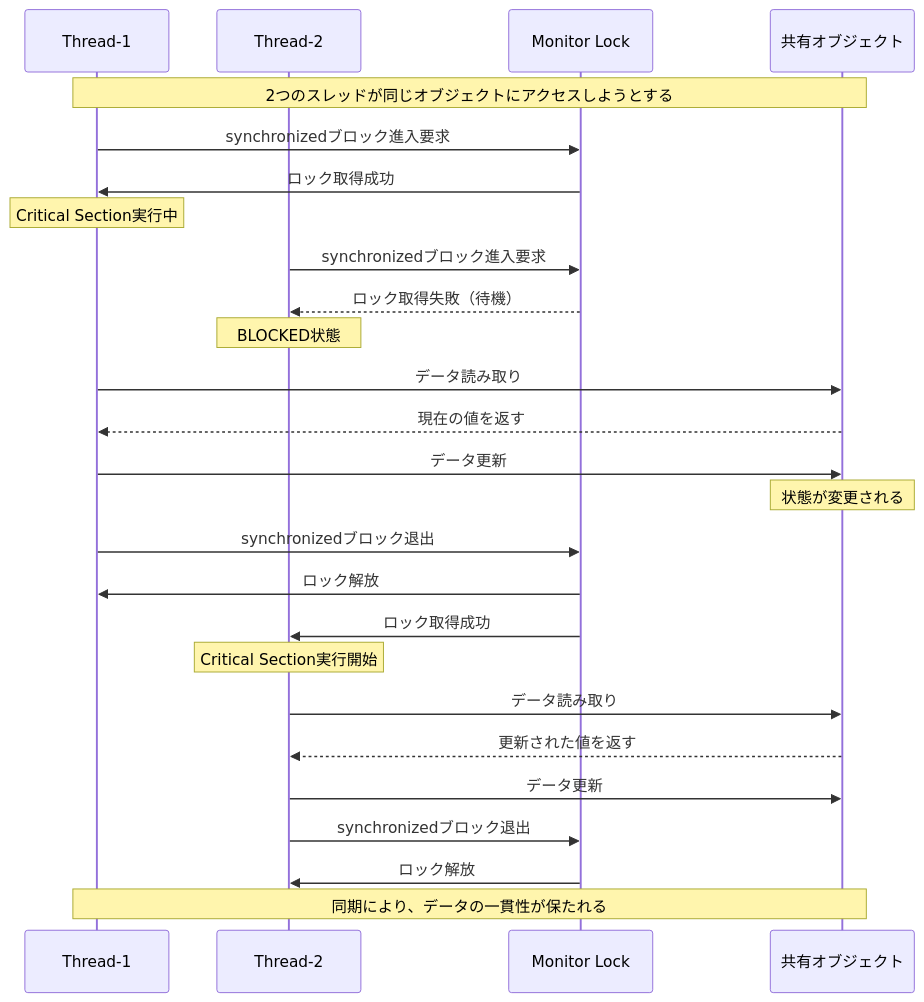
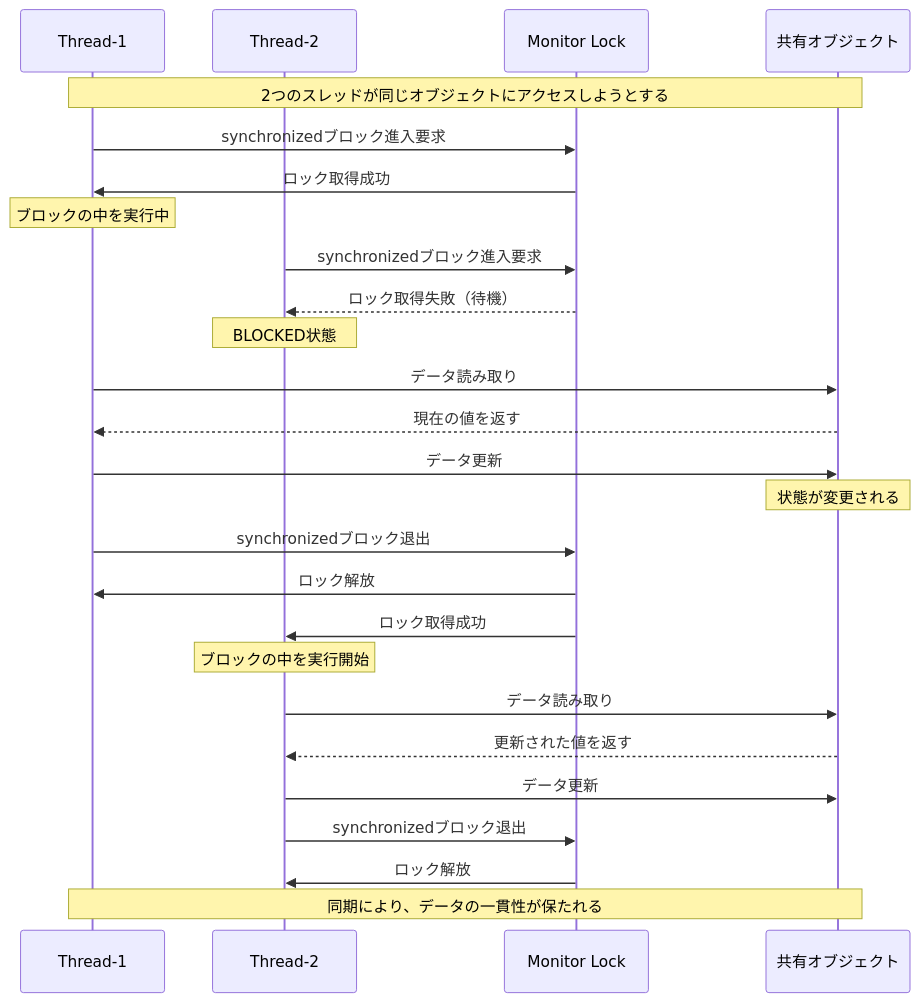
The diagram in docs/diagrams/chapter15-synchronization.mmd (Nagatani/techbook-java-primer), drawn with Mermaid before and after one commit. The commit also changed 36 other files, not shown here.

First line of the commit message:
fix: 第9〜16章を校閲し、技術的な誤り・図の食い違い・表記を直す

```diff
--- a/docs/diagrams/chapter15-synchronization.mmd
+++ b/docs/diagrams/chapter15-synchronization.mmd
@@ -1,42 +1,42 @@
 ---
 config:
   sequence:
     messageMargin: 24
     noteMargin: 6
     boxMargin: 6
 ---
 sequenceDiagram
     participant T1 as Thread-1
     participant T2 as Thread-2
     participant Lock as Monitor Lock
     participant Obj as 共有オブジェクト
     
     Note over T1,Obj: 2つのスレッドが同じオブジェクトにアクセスしようとする
     
     T1->>Lock: synchronizedブロック進入要求
     Lock->>T1: ロック取得成功
-    Note over T1: Critical Section実行中
+    Note over T1: ブロックの中を実行中
     
     T2->>Lock: synchronizedブロック進入要求
     Lock-->>T2: ロック取得失敗（待機）
     Note over T2: BLOCKED状態
     
     T1->>Obj: データ読み取り
     Obj-->>T1: 現在の値を返す
     T1->>Obj: データ更新
     Note over Obj: 状態が変更される
     
     T1->>Lock: synchronizedブロック退出
     Lock->>T1: ロック解放
     
     Lock->>T2: ロック取得成功
-    Note over T2: Critical Section実行開始
+    Note over T2: ブロックの中を実行開始
     
     T2->>Obj: データ読み取り
     Obj-->>T2: 更新された値を返す
     T2->>Obj: データ更新
     
     T2->>Lock: synchronizedブロック退出
     Lock->>T2: ロック解放
     
     Note over T1,Obj: 同期により、データの一貫性が保たれる
```
